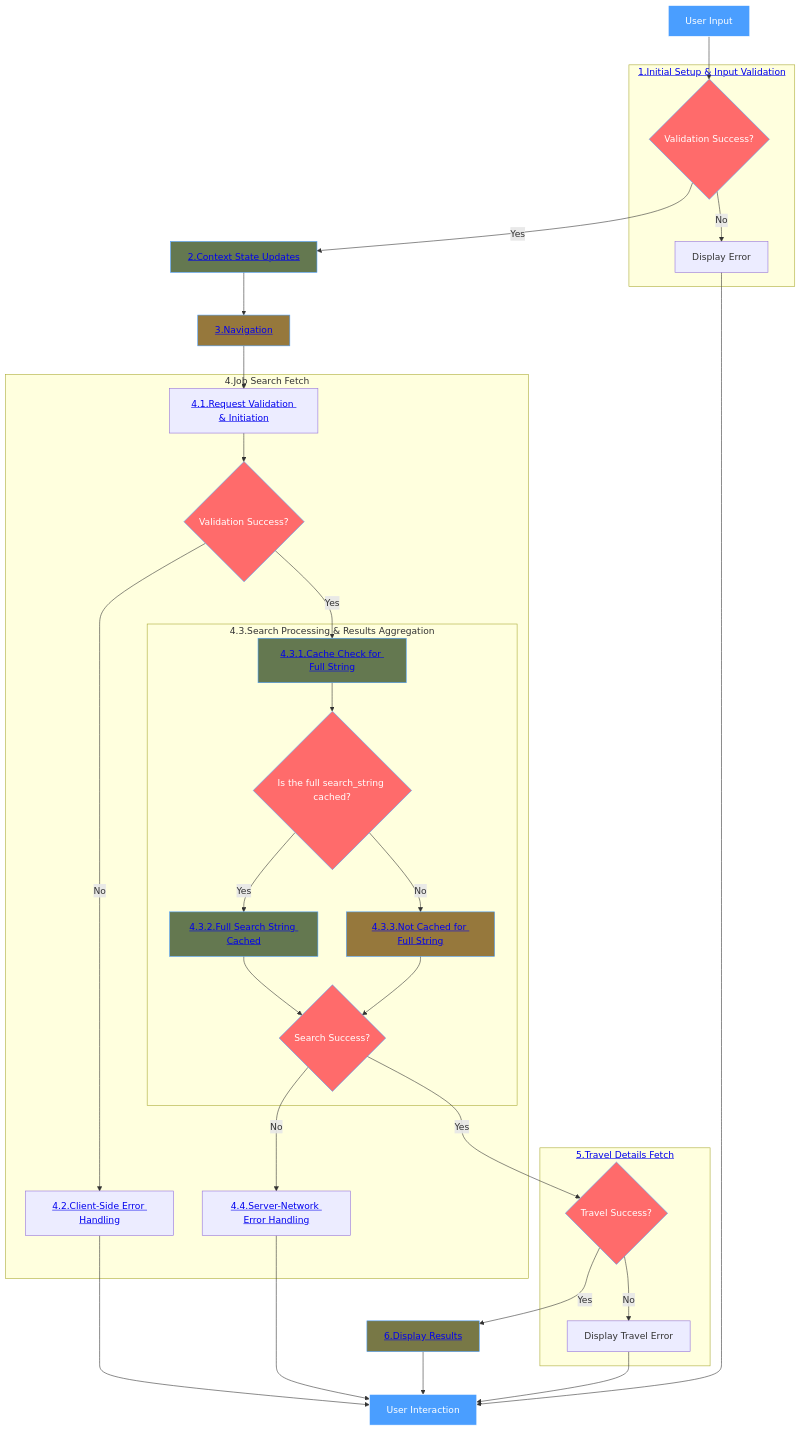
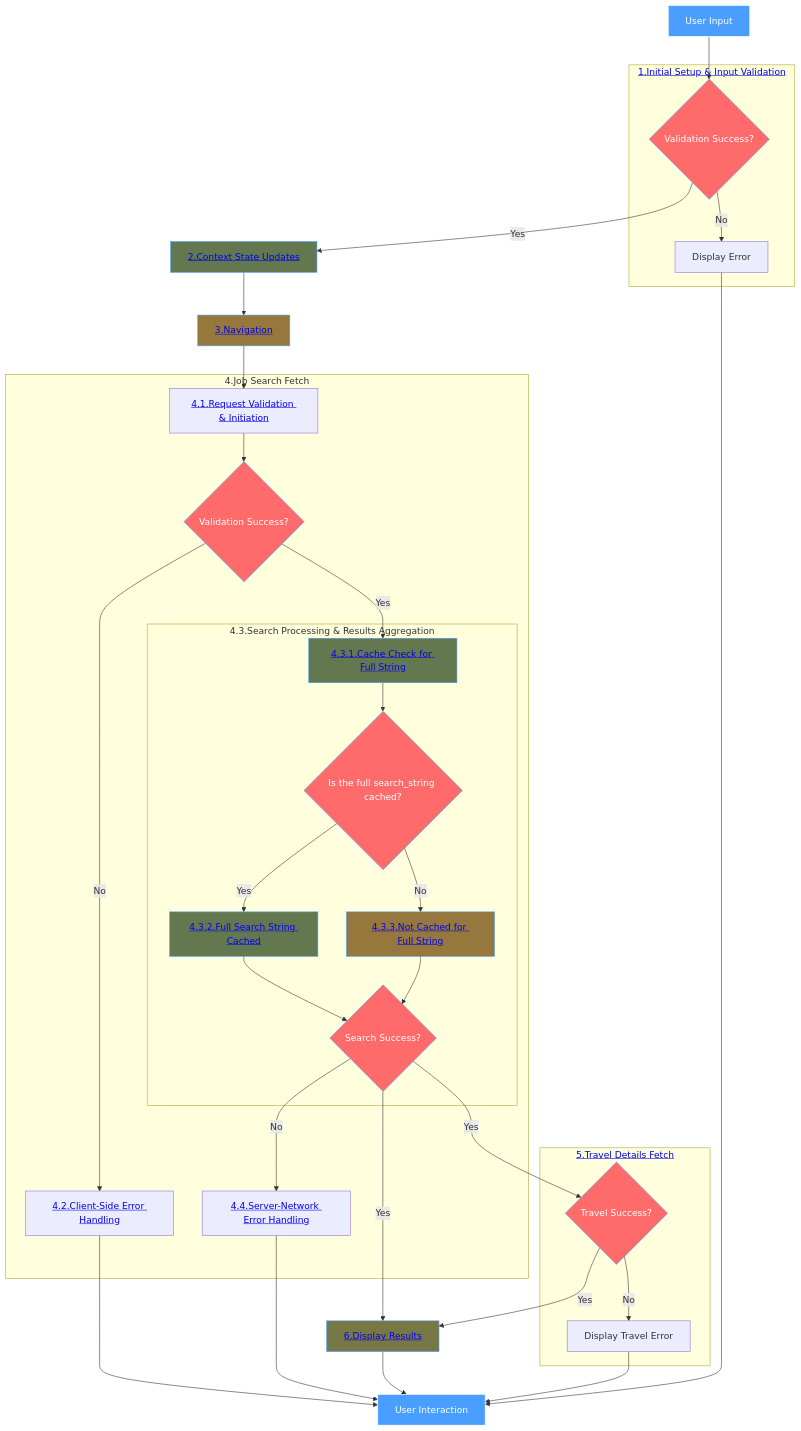
One commit to YahyaAl-Ademi/2025.10.23-JobCompass changed the diagram in documentation/jobFetch/_JobFetchFlowchart.md. Above: the diagram before and after it, drawn with Mermaid. The commit also changed 7 other files, not shown here.

````diff
--- a/documentation/jobFetch/_JobFetchFlowchart.md
+++ b/documentation/jobFetch/_JobFetchFlowchart.md
@@ -1,47 +1,48 @@
 ```mermaid
 flowchart TD
     A[User Input] --> B{Validation Success?}
     subgraph Validation["<a href='./1.Initial%20Setup%20&%20Input%20Validation.md'>1.Initial Setup & Input Validation</a>"]
     B -->|No| C[Display Error]
     end
     B -->|Yes| D["<a href='./2.Context%20State%20Updates.md'>2.Context State Updates</a>"]
     D --> E["<a href='./3.Navigation.md'>3.Navigation</a>"]
     E --> F["<a href='./4.1.Request%20Validation%20&%20Initiation.md'>4.1.Request Validation & Initiation</a>"]
     subgraph JobSearch[4.Job Search Fetch]
     F --> G{Validation Success?}
     G -->|No| H["<a href='./4.2.Client-Side%20Error%20Handling.md'>4.2.Client-Side Error Handling</a>"]
     L -->|No| J["<a href='./4.4.Server-Network%20Error%20Handling.md'>4.4.Server-Network Error Handling</a>"]
     G -->|Yes| Q["<a href='./4.3.1.Cache%20Check%20for%20Full%20String.md'>4.3.1.Cache Check for Full String</a>"]
     subgraph SearchProcessing["4.3.Search Processing & Results Aggregation"]
     Q --> Q2{Is the full search_string cached?}
     Q2 -->|Yes| R["<a href='./4.3.2.Full%20Search%20String%20Cached.md'>4.3.2.Full Search String Cached</a>"]
     Q2 -->|No| S["<a href='./4.3.3.Not%20Cached%20for%20Full%20String.md'>4.3.3.Not Cached for Full String</a>"]
     R --> L{Search Success?}
     S --> L
     end
     end
     H -->P[User Interaction]
     J -->P
     L -->|Yes| M{Travel Success?}
+    L -->|Yes| O["<a href='./6.Display%20Results.md'>6.Display Results</a>"]
     subgraph TravelDetails["<a href='./5.Travel%20Details%20Fetch.md'>5.Travel Details Fetch</a>"]
     M -->|No| N[Display Travel Error]
     end
     M -->|Yes| O["<a href='./6.Display%20Results.md'>6.Display Results</a>"]
     O --> P[User Interaction]
     N --> P
     C --> P
 
     style A fill:#4a9eff,stroke:#fff,color:#fff
     style B fill:#ff6b6b,stroke:#4a9eff,color:#fff
     style D fill:#647850,stroke:#4a9eff,color:#fff
     style E fill:#96783c,stroke:#4a9eff,color:#fff
     style G fill:#ff6b6b,stroke:#4a9eff,color:#fff
     style Q fill:#647850,stroke:#4a9eff,color:#fff
     style Q2 fill:#ff6b6b,stroke:#4a9eff,color:#fff
     style R fill:#647850,stroke:#4a9eff,color:#fff
     style S fill:#96783c,stroke:#4a9eff,color:#fff
     style M fill:#ff6b6b,stroke:#4a9eff,color:#fff
     style O fill:#787846,stroke:#4a9eff,color:#fff
     style P fill:#4a9eff,stroke:#fff,color:#fff
     style L fill:#ff6b6b,stroke:#4a9eff,color:#fff
 ```
````
